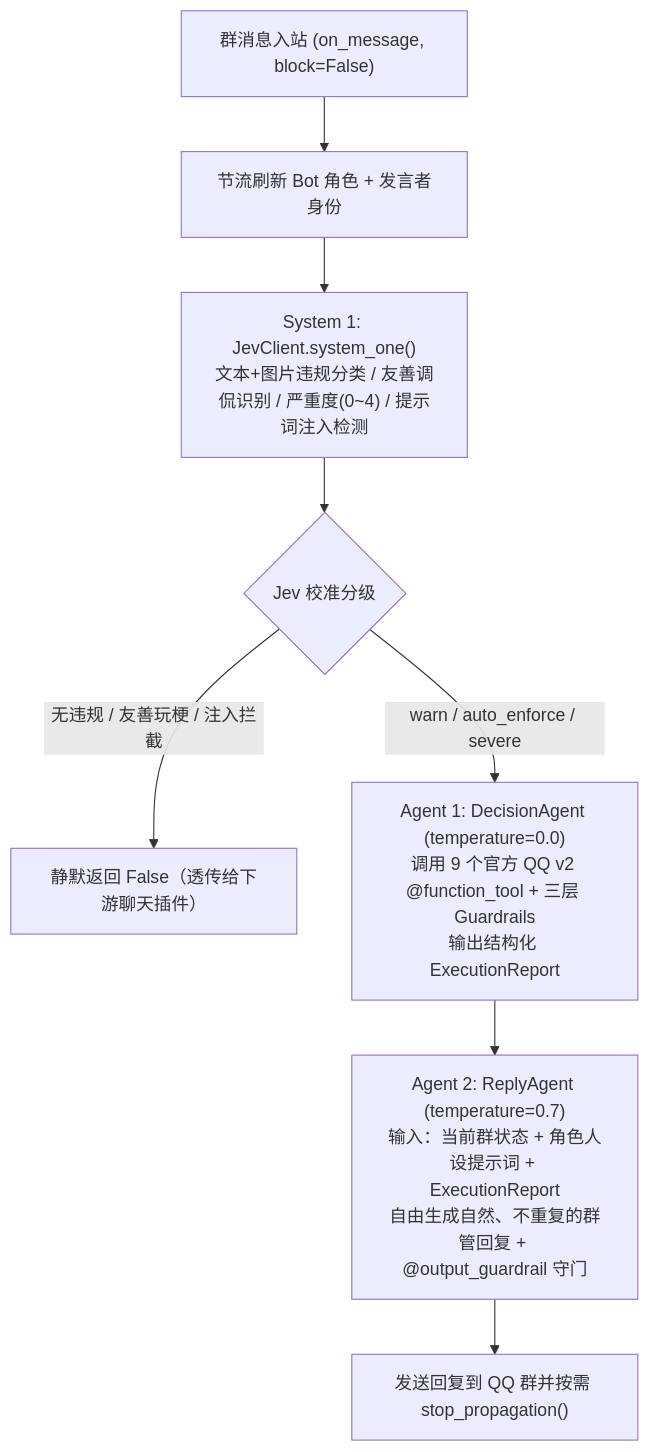
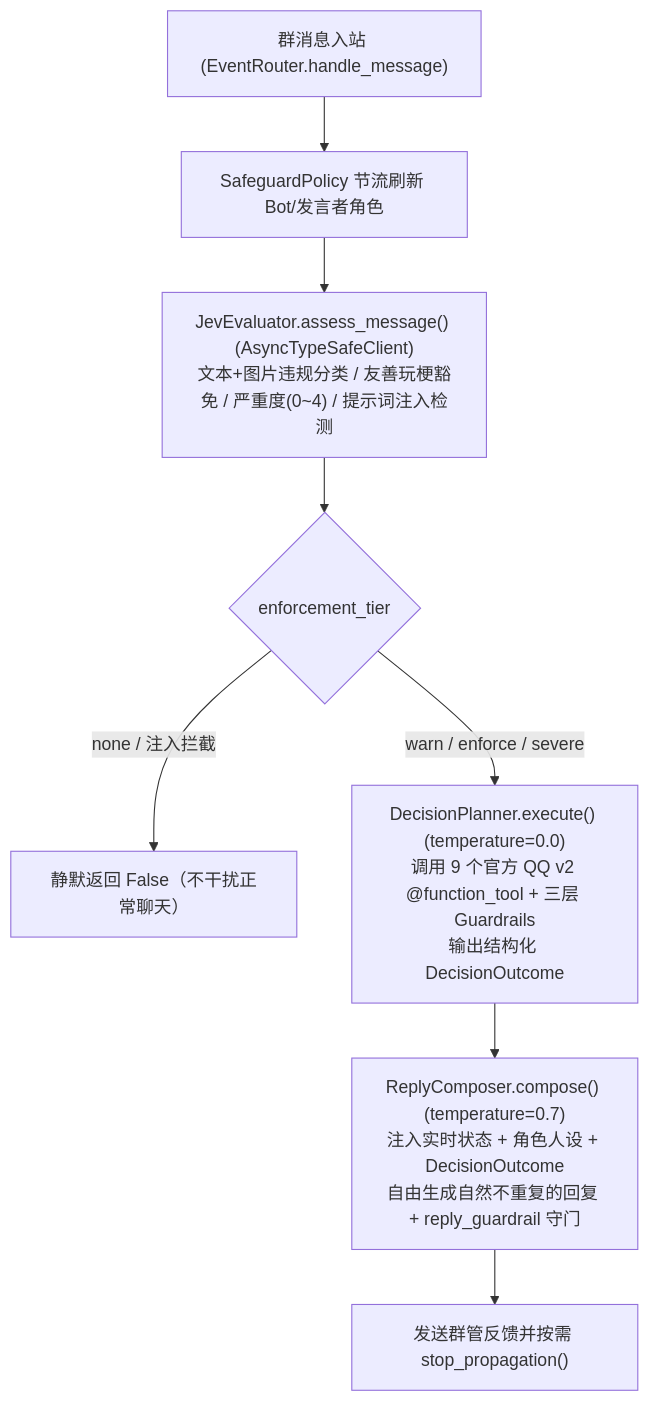
Before and after one commit to jhupo/opsmesh-plugin-qq-admin: the diagram in docs/01-architecture.md, drawn with Mermaid. The commit also changed other lines of this file and 53 other files, not shown here.

````diff
--- a/docs/01-architecture.md
+++ b/docs/01-architecture.md
@@ -7,10 +5,10 @@
 ```mermaid
 flowchart TD
-    IN["群消息入站 (on_message, block=False)"] --> ID["节流刷新 Bot 角色 + 发言者身份"]
-    ID --> JEV["System 1: JevClient.system_one()<br/>文本+图片违规分类 / 友善调侃识别 / 严重度(0~4) / 提示词注入检测"]
-    JEV --> GATE{"Jev 校准分级"}
-    GATE -- "无违规 / 友善玩梗 / 注入拦截" --> PASS["静默返回 False（透传给下游聊天插件）"]
-    GATE -- "warn / auto_enforce / severe" --> DEC["Agent 1: DecisionAgent (temperature=0.0)<br/>调用 9 个官方 QQ v2 @function_tool + 三层 Guardrails<br/>输出结构化 ExecutionReport"]
-    DEC --> REP["Agent 2: ReplyAgent (temperature=0.7)<br/>输入：当前群状态 + 角色人设提示词 + ExecutionReport<br/>自由生成自然、不重复的群管回复 + @output_guardrail 守门"]
-    REP --> SEND["发送回复到 QQ 群并按需 stop_propagation()"]
+    IN["群消息入站 (EventRouter.handle_message)"] --> POL["SafeguardPolicy 节流刷新 Bot/发言者角色"]
+    POL --> JEV["JevEvaluator.assess_message() (AsyncTypeSafeClient)<br/>文本+图片违规分类 / 友善玩梗豁免 / 严重度(0~4) / 提示词注入检测"]
+    JEV --> TIER{"enforcement_tier"}
+    TIER -- "none / 注入拦截" --> PASS["静默返回 False（不干扰正常聊天）"]
+    TIER -- "warn / enforce / severe" --> PLN["DecisionPlanner.execute() (temperature=0.0)<br/>调用 9 个官方 QQ v2 @function_tool + 三层 Guardrails<br/>输出结构化 DecisionOutcome"]
+    PLN --> CMP["ReplyComposer.compose() (temperature=0.7)<br/>注入实时状态 + 角色人设 + DecisionOutcome<br/>自由生成自然不重复的回复 + reply_guardrail 守门"]
+    CMP --> OUT["发送群管反馈并按需 stop_propagation()"]
 ```
````
